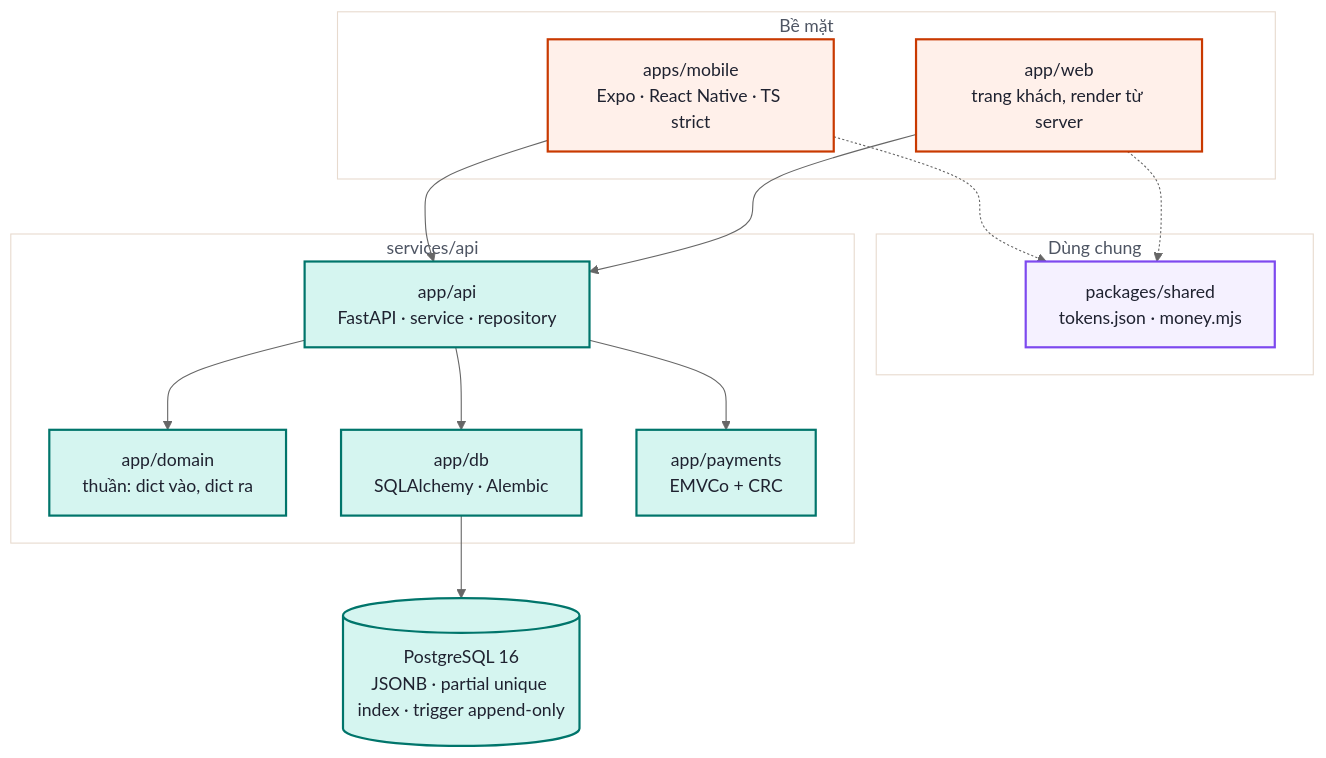
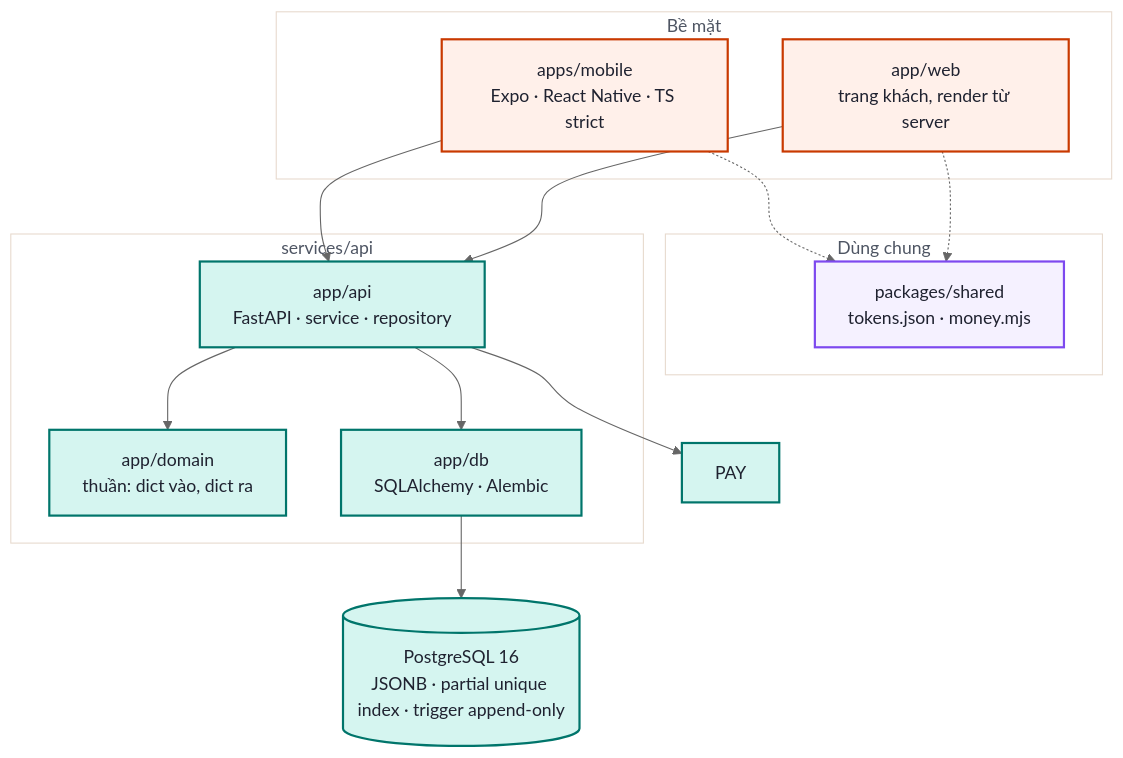
The third of 3 diagrams in README.md (chuoibo/mobile), drawn with Mermaid (neutral theme) before and after one commit. The commit also changed other lines of this file and 2 other files, not shown here.

````diff
--- a/README.md
+++ b/README.md
@@ -219,36 +219,35 @@
 ```mermaid
 flowchart TB
     subgraph BM["Bề mặt"]
         M["apps/mobile<br/>Expo · React Native · TS strict"]
         W["app/web<br/>trang khách, render từ server"]
     end
     subgraph SH["Dùng chung"]
         P["packages/shared<br/>tokens.json · money.mjs"]
     end
     subgraph BE["services/api"]
         A["app/api<br/>FastAPI · service · repository"]
         DOM["app/domain<br/>thuần: dict vào, dict ra"]
         DB["app/db<br/>SQLAlchemy · Alembic"]
-        PAY["app/payments<br/>EMVCo + CRC"]
     end
     PG[("PostgreSQL 16<br/>JSONB · partial unique index · trigger append-only")]
 
     M --> A
     W --> A
     M -.-> P
     W -.-> P
     A --> DOM
     A --> DB
     A --> PAY
     DB --> PG
 
     classDef brand fill:#fff0ea,stroke:#c93900,stroke-width:2px,color:#1f2230
     classDef ai fill:#f5f1ff,stroke:#7d49ef,stroke-width:2px,color:#1f2230
     classDef money fill:#d5f5f0,stroke:#00756b,stroke-width:2px,color:#1f2230
     class M,W brand
     class P ai
     class A,DOM,DB,PAY,PG money
     style BM fill:#ffffff,stroke:#e7dace,color:#4e5563
     style SH fill:#ffffff,stroke:#e7dace,color:#4e5563
     style BE fill:#ffffff,stroke:#e7dace,color:#4e5563
 ```
````
